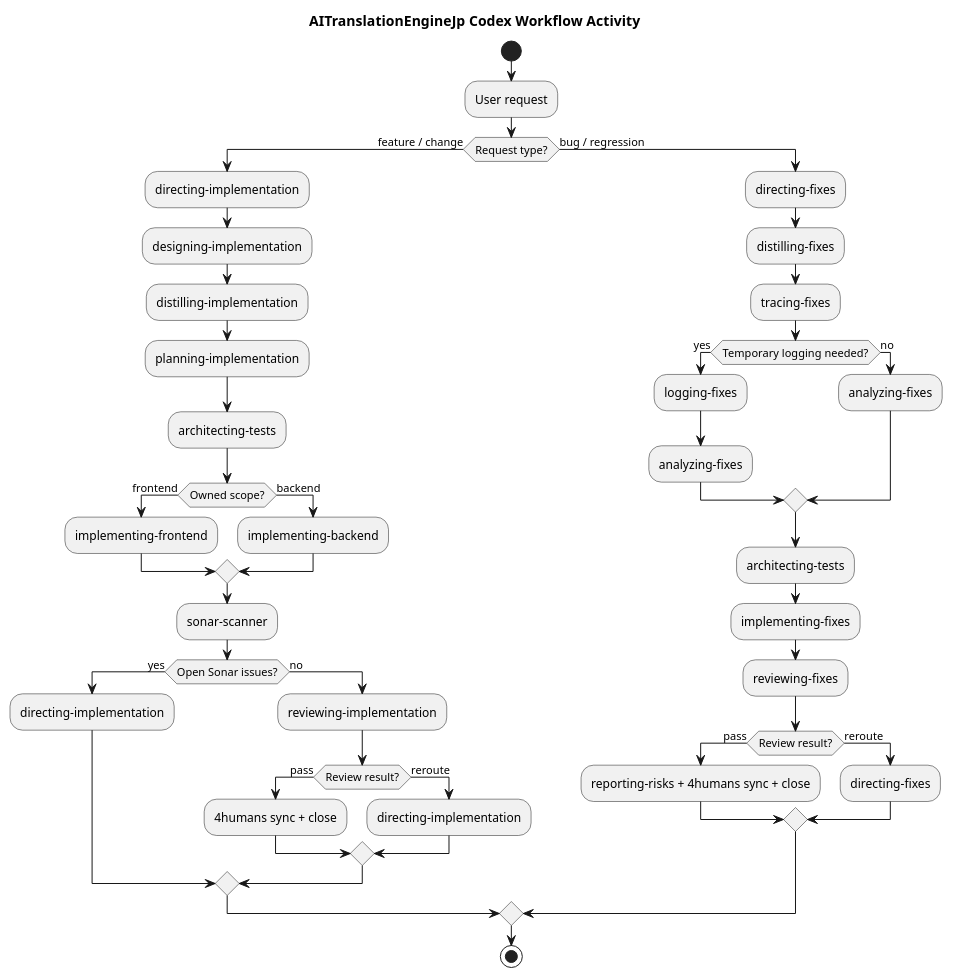
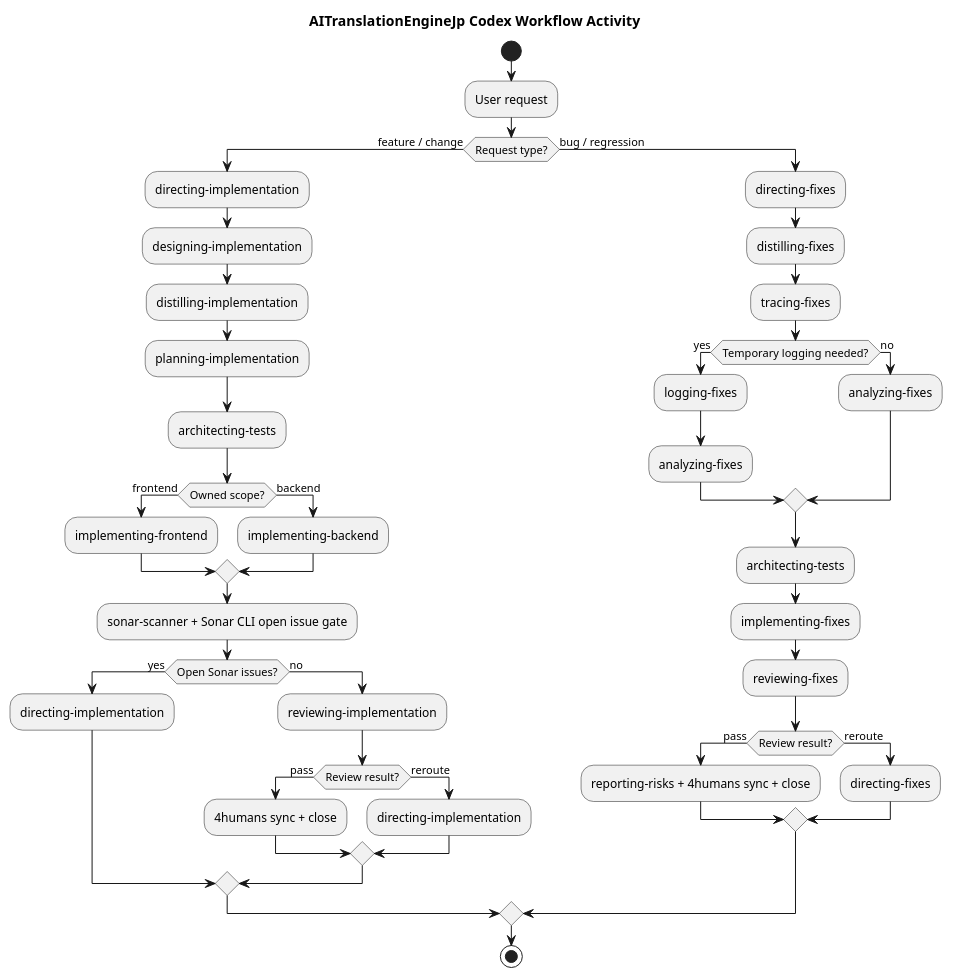
One commit to ishibata91/AITranslationEngineJP changed the diagram in .codex/workflow_activity_diagram.puml. Above: the diagram before and after it, drawn with PlantUML. The commit also changed 15 other files, not shown here.

```diff
--- a/.codex/workflow_activity_diagram.puml
+++ b/.codex/workflow_activity_diagram.puml
@@ -1,56 +1,56 @@
 @startuml WorkflowActivity
 title AITranslationEngineJp Codex Workflow Activity
 skinparam shadowing false
 skinparam linetype ortho
 
 start
 :User request;
 
 if (Request type?) then (feature / change)
   :directing-implementation;
   :designing-implementation;
   :distilling-implementation;
   :planning-implementation;
   :architecting-tests;
 
   if (Owned scope?) then (frontend)
     :implementing-frontend;
   else (backend)
     :implementing-backend;
   endif
 
-  :sonar-scanner;
+  :sonar-scanner + Sonar CLI open issue gate;
   if (Open Sonar issues?) then (yes)
     :directing-implementation;
   else (no)
   :reviewing-implementation;
   if (Review result?) then (pass)
     :4humans sync + close;
   else (reroute)
     :directing-implementation;
   endif
   endif
 else (bug / regression)
   :directing-fixes;
   :distilling-fixes;
   :tracing-fixes;
 
   if (Temporary logging needed?) then (yes)
     :logging-fixes;
     :analyzing-fixes;
   else (no)
     :analyzing-fixes;
   endif
 
   :architecting-tests;
   :implementing-fixes;
   :reviewing-fixes;
   if (Review result?) then (pass)
     :reporting-risks + 4humans sync + close;
   else (reroute)
     :directing-fixes;
   endif
 endif
 
 stop
 @enduml
```
